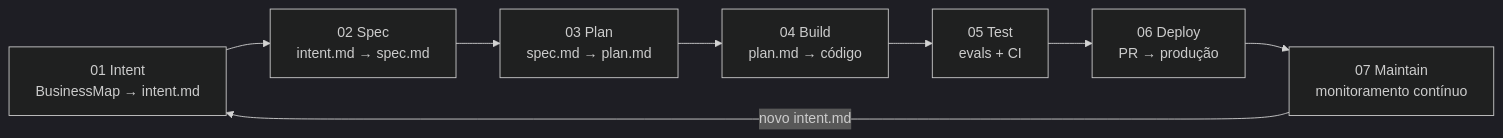
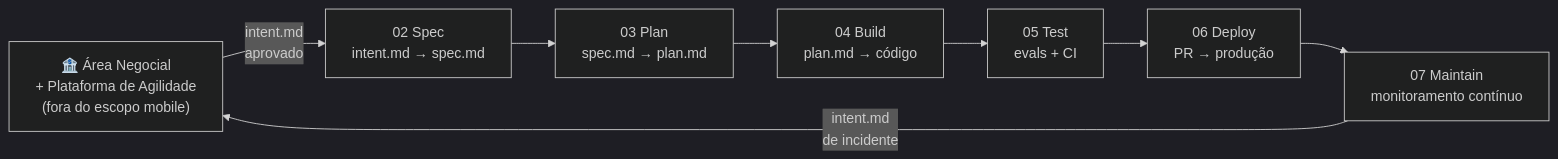
One commit to jpsslink/sdlc-agentico changed the diagram in README.md. Above: the diagram before and after it, drawn with Mermaid (dark theme). The commit also changed other lines of this file and 4 other files, not shown here.

First line of the commit message:
refactor: remove Agente 01 do escopo mobile; define schema de intent.md como contrato

````diff
--- a/README.md
+++ b/README.md
@@ -77,13 +81,14 @@
 ```mermaid
 graph LR
-    A01["01 Intent\nBusinessMap → intent.md"]
+    EXT["🏦 Área Negocial\n+ Plataforma de Agilidade\n(fora do escopo mobile)"]
     A02["02 Spec\nintent.md → spec.md"]
     A03["03 Plan\nspec.md → plan.md"]
     A04["04 Build\nplan.md → código"]
     A05["05 Test\nevals + CI"]
     A06["06 Deploy\nPR → produção"]
     A07["07 Maintain\nmonitoramento contínuo"]
 
-    A01 --> A02 --> A03 --> A04 --> A05 --> A06 --> A07
-    A07 -->|"novo intent.md"| A01
+    EXT -->|"intent.md\naprovado"| A02
+    A02 --> A03 --> A04 --> A05 --> A06 --> A07
+    A07 -->|"intent.md\nde incidente"| EXT
 ```
````
